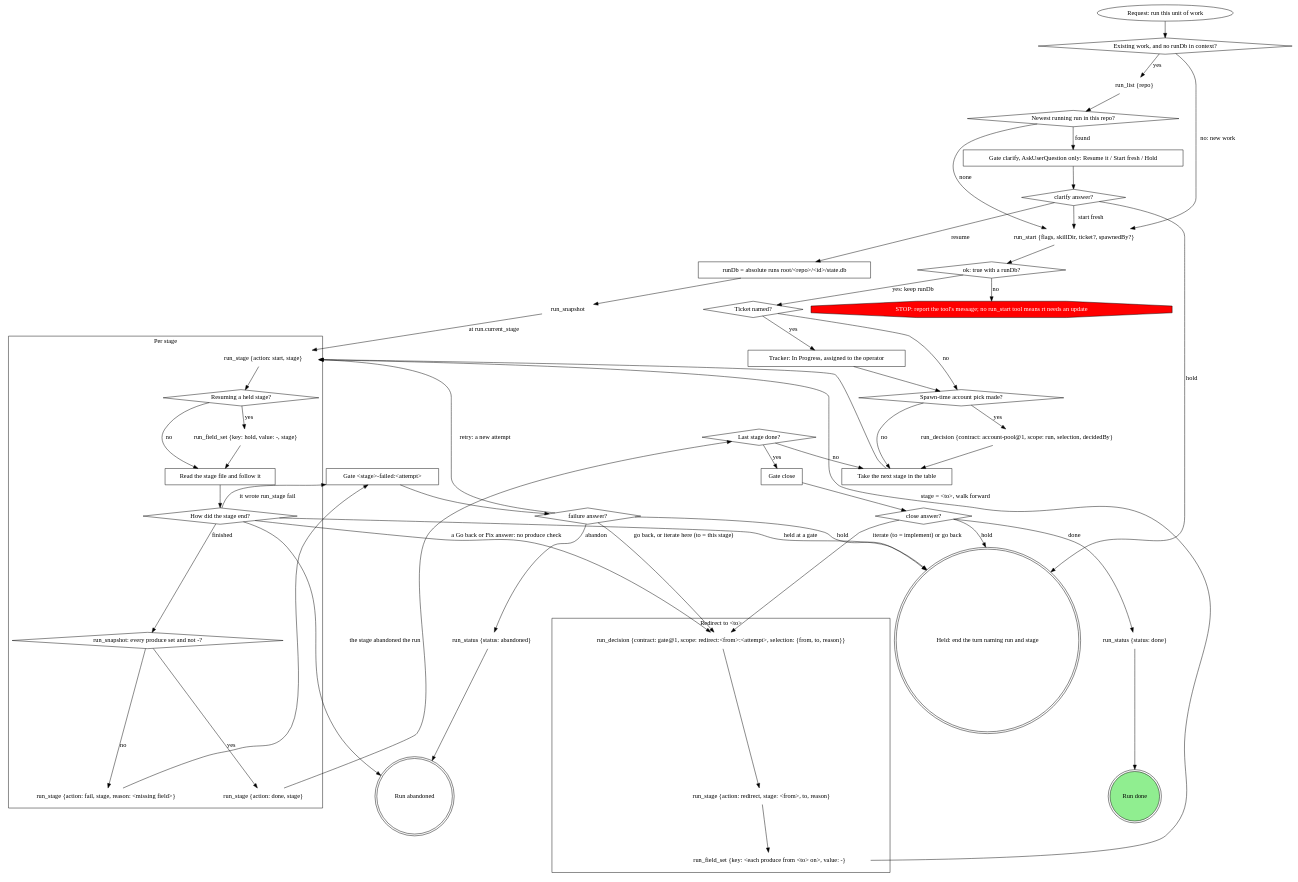
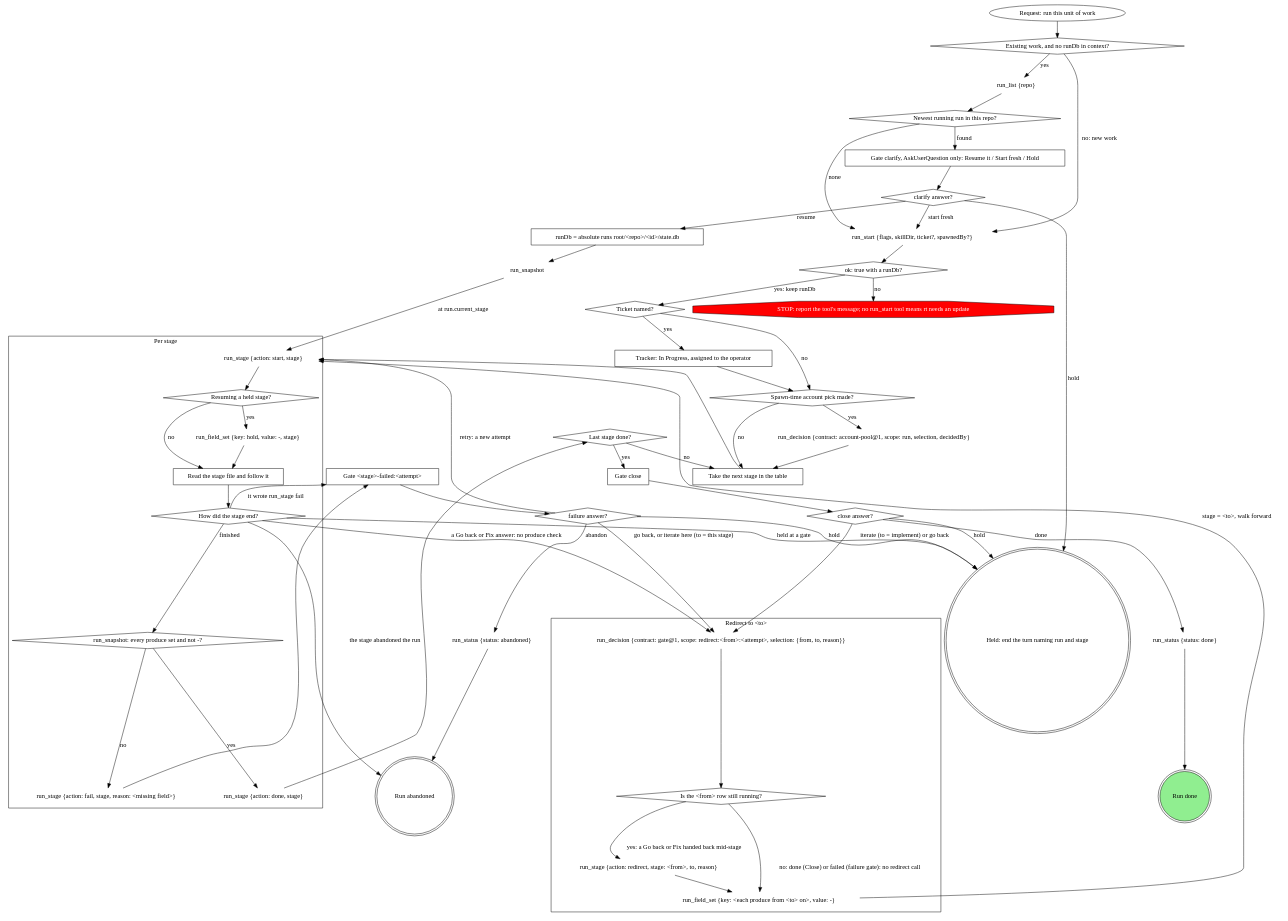
The diagram in attachments/work-next/work-next/SKILL.md (m4ttstack/skills), drawn with Graphviz before and after one commit. The commit also changed other lines of this file, not shown here.

Commit message:
work-next: redirect closes only a running row; Close and failure gates skip the call

```diff
--- a/attachments/work-next/work-next/SKILL.md
+++ b/attachments/work-next/work-next/SKILL.md
@@ -83,6 +83,7 @@
     subgraph cluster_redirect {
         label="Redirect to <to>";
         "run_decision {contract: gate@1, scope: redirect:<from>:<attempt>, selection: {from, to, reason}}" [shape=plaintext];
+        "Is the <from> row still running?" [shape=diamond];
         "run_stage {action: redirect, stage: <from>, to, reason}" [shape=plaintext];
         "run_field_set {key: <each produce from <to> on>, value: -}" [shape=plaintext];
     }
@@ -138,7 +139,9 @@
     "close answer?" -> "run_status {status: done}" [label="done"];
     "close answer?" -> "run_decision {contract: gate@1, scope: redirect:<from>:<attempt>, selection: {from, to, reason}}" [label="iterate (to = implement) or go back"];
     "close answer?" -> "Held: end the turn naming run and stage" [label="hold"];
-    "run_decision {contract: gate@1, scope: redirect:<from>:<attempt>, selection: {from, to, reason}}" -> "run_stage {action: redirect, stage: <from>, to, reason}";
+    "run_decision {contract: gate@1, scope: redirect:<from>:<attempt>, selection: {from, to, reason}}" -> "Is the <from> row still running?";
+    "Is the <from> row still running?" -> "run_stage {action: redirect, stage: <from>, to, reason}" [label="yes: a Go back or Fix handed back mid-stage"];
+    "Is the <from> row still running?" -> "run_field_set {key: <each produce from <to> on>, value: -}" [label="no: done (Close) or failed (failure gate): no redirect call"];
     "run_stage {action: redirect, stage: <from>, to, reason}" -> "run_field_set {key: <each produce from <to> on>, value: -}";
     "run_field_set {key: <each produce from <to> on>, value: -}" -> "run_stage {action: start, stage}" [label="stage = <to>, walk forward"];
     "run_status {status: done}" -> "Run done";
```
